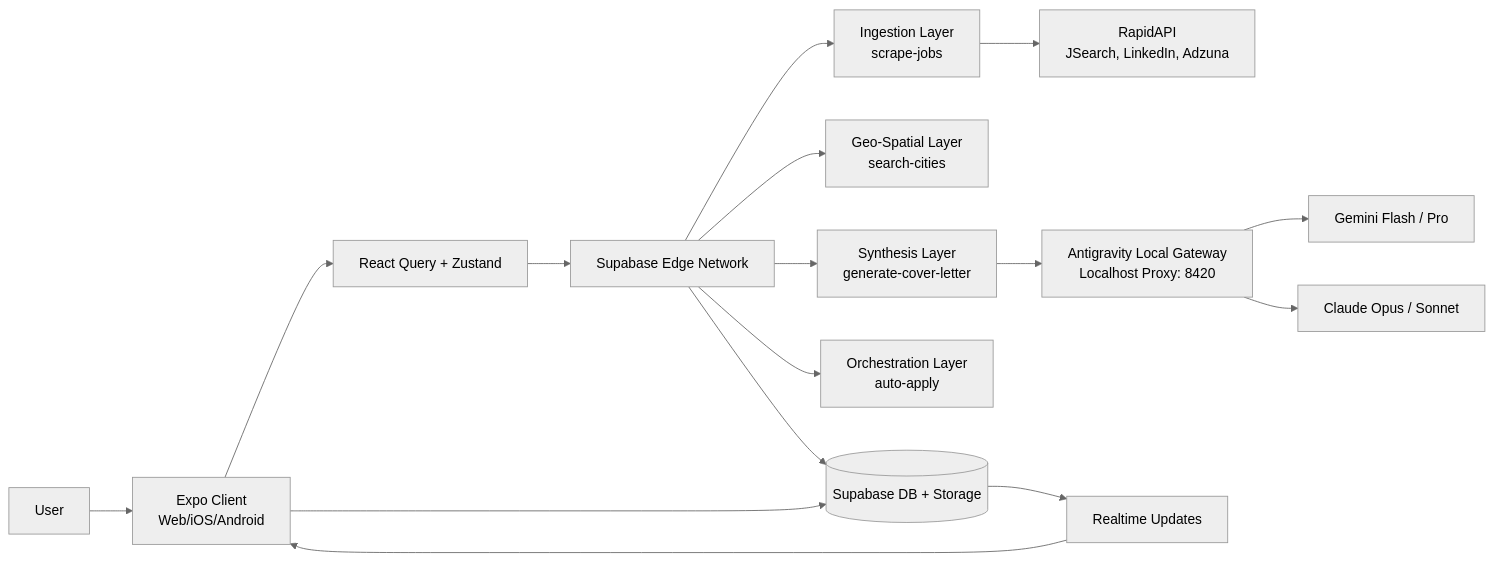
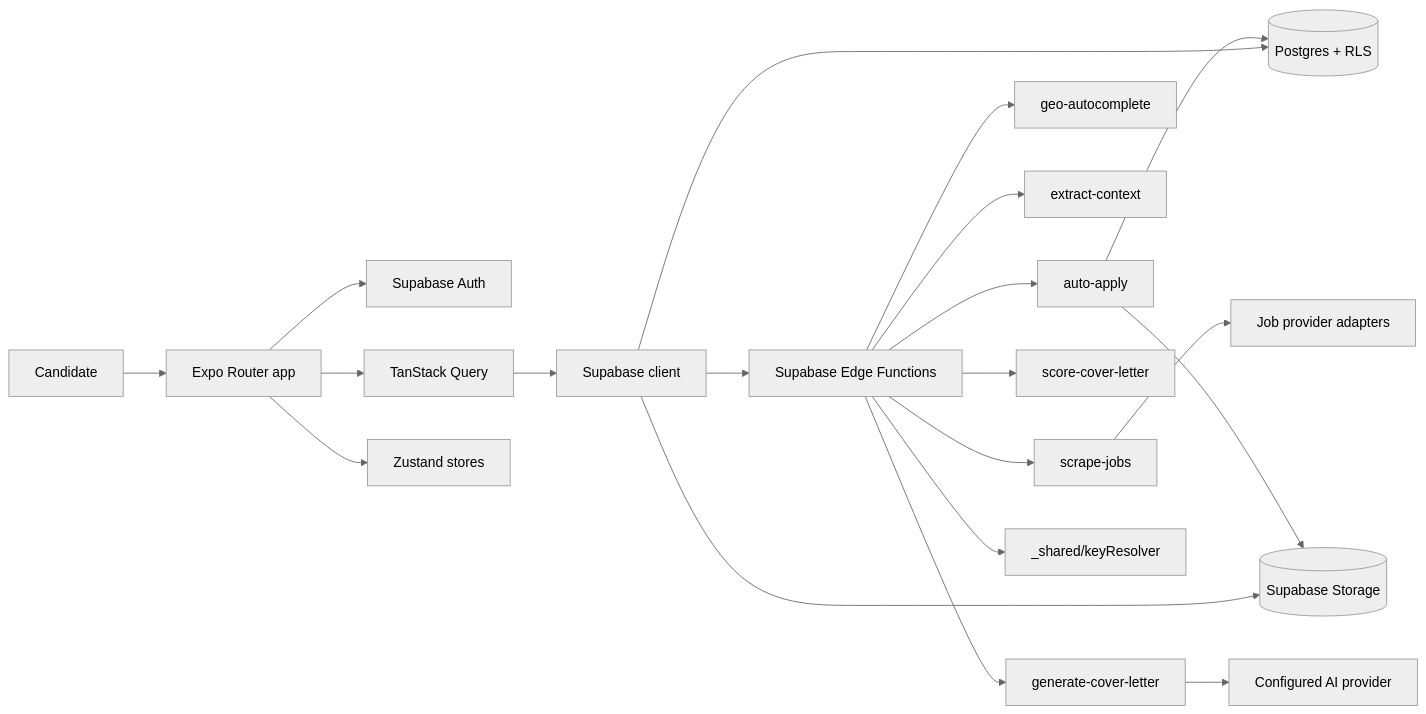
Before and after one commit to AlexBuildsLTS/OpusHunter: the first of 3 diagrams in README.md, drawn with Mermaid (neutral theme). The commit also changed other lines of this file, not shown here.

````diff
--- a/README.md
+++ b/README.md
@@ -22,23 +110,24 @@
 ```mermaid
 flowchart LR
-  U[User] --> C[Expo Client\nWeb/iOS/Android]
-  C --> Q[React Query + Zustand]
-  Q --> E[Supabase Edge Network]
+  User[Candidate] --> App[Expo Router app]
+  App --> Auth[Supabase Auth]
+  App --> Query[TanStack Query]
+  App --> Store[Zustand stores]
+  Query --> API[Supabase client]
+  API --> DB[(Postgres + RLS)]
+  API --> Storage[(Supabase Storage)]
+  API --> Functions[Supabase Edge Functions]
 
-  E --> SJ[Ingestion Layer\nscrape-jobs]
-  E --> SC[Geo-Spatial Layer\nsearch-cities]
-  E --> GCL[Synthesis Layer\ngenerate-cover-letter]
-  E --> AA[Orchestration Layer\nauto-apply]
+  Functions --> Scrape[scrape-jobs]
+  Functions --> Geo[geo-autocomplete]
+  Functions --> Context[extract-context]
+  Functions --> Letter[generate-cover-letter]
+  Functions --> Score[score-cover-letter]
+  Functions --> Apply[auto-apply]
+  Functions --> Keys[_shared/keyResolver]
 
-  SJ --> RAPID[RapidAPI\nJSearch, LinkedIn, Adzuna]
-  
-  %% Local AI Gateway Integration
-  GCL --> AG[Antigravity Local Gateway\nLocalhost Proxy: 8420]
-  AG --> GEM[Gemini Flash / Pro]
-  AG --> CLAUDE[Claude Opus / Sonnet]
-
-  C --> DB[(Supabase DB + Storage)]
-  E --> DB
-  DB --> R[Realtime Updates]
-  R --> C
+  Scrape --> Providers[Job provider adapters]
+  Letter --> AI[Configured AI provider]
+  Apply --> DB
+  Apply --> Storage
 ```
````
